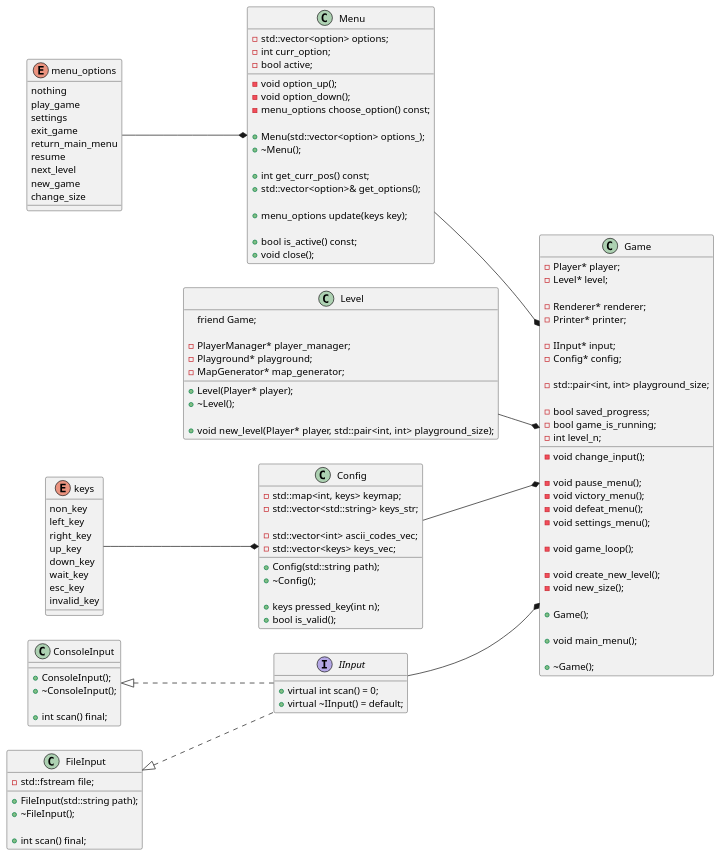
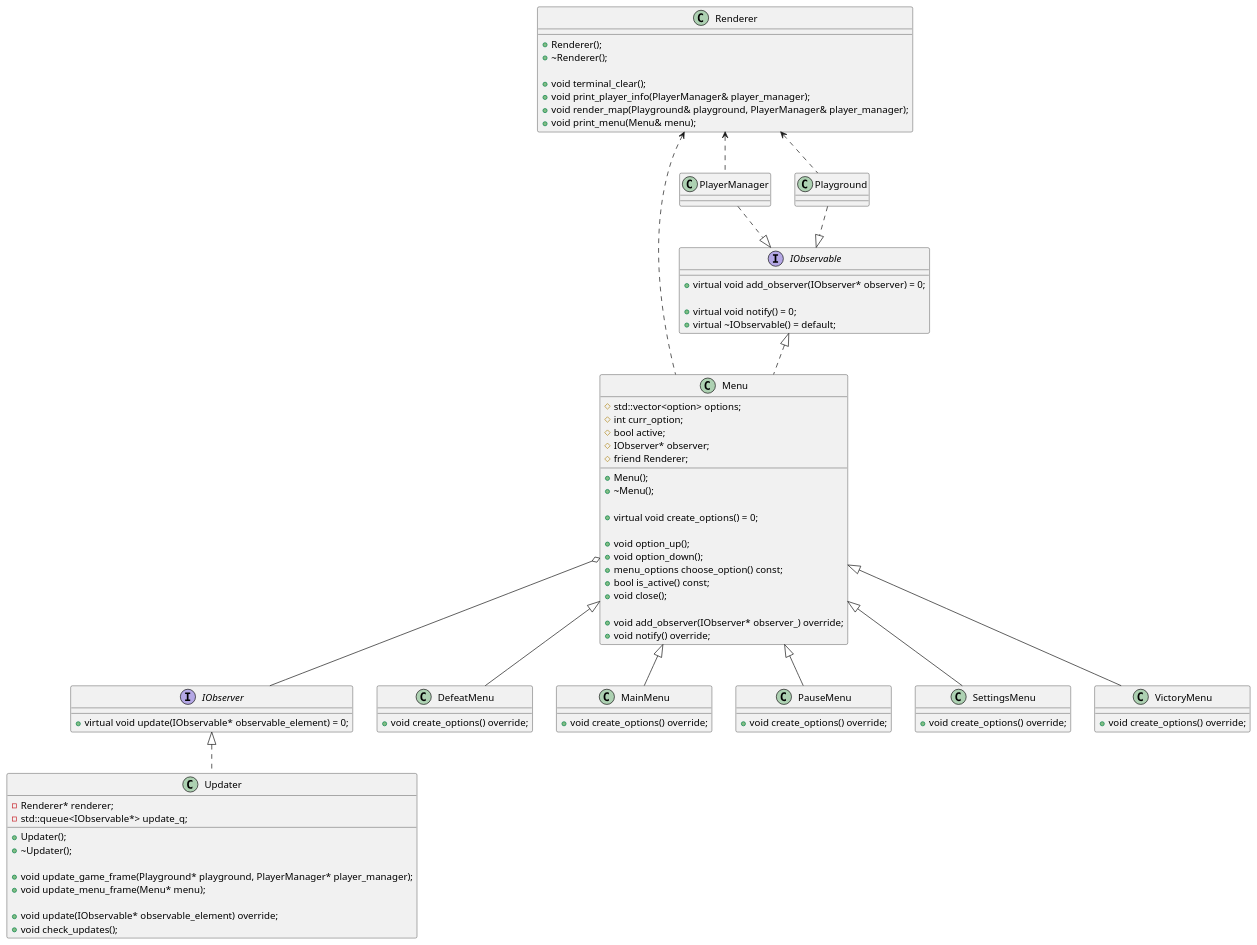
One commit to kirillkarpunin/ultra_gamer_gaming_game changed the diagram in UML.puml. Above: the diagram before and after it, drawn with PlantUML. The commit also changed 20 other files, not shown here.

```diff
--- a/UML.puml
+++ b/UML.puml
@@ -1,148 +1,106 @@
 @startuml
 'https://plantuml.com/class-diagram
 
+interface IObservable {
+    +virtual void add_observer(IObserver* observer) = 0;
 
-class Game {
-    -Player* player;
-    -Level* level;
+    +virtual void notify() = 0;
+    +virtual ~IObservable() = default;
+}
 
+interface IObserver {
+    +virtual void update(IObservable* observable_element) = 0;
+}
+
+class Menu{
+    #std::vector<option> options;
+    #int curr_option;
+    #bool active;
+    #IObserver* observer;
+    #friend Renderer;
+    +Menu();
+    +~Menu();
+
+    +virtual void create_options() = 0;
+
+    +void option_up();
+    +void option_down();
+    +menu_options choose_option() const;
+    +bool is_active() const;
+    +void close();
+
+    +void add_observer(IObserver* observer_) override;
+    +void notify() override;
+}
+
+class DefeatMenu{
+    +void create_options() override;
+}
+
+class MainMenu{
+    +void create_options() override;
+}
+
+class PauseMenu{
+    +void create_options() override;
+}
+
+class SettingsMenu{
+    + void create_options() override;
+}
+
+class VictoryMenu{
+    + void create_options() override;
+}
+
+class Updater{
     -Renderer* renderer;
-    -Printer* printer;
+    -std::queue<IObservable*> update_q;
 
-    -IInput* input;
-    -Config* config;
+    +Updater();
+    +~Updater();
 
-    -std::pair<int, int> playground_size;
+    +void update_game_frame(Playground* playground, PlayerManager* player_manager);
+    +void update_menu_frame(Menu* menu);
 
-    -bool saved_progress;
-    -bool game_is_running;
-    -int level_n;
+    +void update(IObservable* observable_element) override;
+    +void check_updates();
+}
 
-    -void change_input();
-
-    -void pause_menu();
-    -void victory_menu();
-    -void defeat_menu();
-    -void settings_menu();
-
-    -void game_loop();
-
-    -void create_new_level();
-    -void new_size();
-
-    +Game();
-
-    +void main_menu();
-
-    +~Game();
+class PlayerManager{
 }
 
 
-enum menu_options{
- nothing
- play_game
- settings
- exit_game
- return_main_menu
- resume
- next_level
- new_game
- change_size
- }
-
-class Menu {
-    -std::vector<option> options;
-    -int curr_option;
-    -bool active;
-
-    -void option_up();
-    -void option_down();
-    -menu_options choose_option() const;
-
-    +Menu(std::vector<option> options_);
-    +~Menu();
-
-    +int get_curr_pos() const;
-    +std::vector<option>& get_options();
-
-    +menu_options update(keys key);
-
-    +bool is_active() const;
-    +void close();
-
+class Playground{
 }
 
-menu_options--*Menu
+top to bottom direction
 
-class Level {
-    friend Game;
 
-    -PlayerManager* player_manager;
-    -Playground* playground;
-    -MapGenerator* map_generator;
+IObserver <|.. Updater
+Menu o-- IObserver
+IObservable <|.. Menu
+Menu <|-- PauseMenu
+Menu <|-- MainMenu
+Menu <|-- DefeatMenu
+Menu <|-- SettingsMenu
+Menu <|-- VictoryMenu
+PlayerManager ..|> IObservable
+Playground ..|> IObservable
 
-    +Level(Player* player);
-    +~Level();
+class Renderer {
+    +Renderer();
+    +~Renderer();
 
-    +void new_level(Player* player, std::pair<int, int> playground_size);
+    +void terminal_clear();
+    +void print_player_info(PlayerManager& player_manager);
+    +void render_map(Playground& playground, PlayerManager& player_manager);
+    +void print_menu(Menu& menu);
 }
 
-enum keys{
- non_key
- left_key
- right_key
- up_key
- down_key
- wait_key
- esc_key
- invalid_key
-}
+Renderer <.. Menu
+Renderer <.. PlayerManager
+Renderer <.. Playground
 
-class Config {
-    -std::map<int, keys> keymap;
-    -std::vector<std::string> keys_str;
-
-    -std::vector<int> ascii_codes_vec;
-    -std::vector<keys> keys_vec;
-
-    +Config(std::string path);
-    +~Config();
-
-    +keys pressed_key(int n);
-    +bool is_valid();
-}
-
-keys--*Config
-Level--*Game
-Menu--*Game
-Config--*Game
-
-interface IInput{
-    +virtual int scan() = 0;
-    +virtual ~IInput() = default;
-}
-
-class ConsoleInput{
-    +ConsoleInput();
-    +~ConsoleInput();
-
-    +int scan() final;
-}
-
-class FileInput{
-    -std::fstream file;
-
-    +FileInput(std::string path);
-    +~FileInput();
-
-    +int scan() final;
-}
-
-FileInput<|..IInput
-ConsoleInput<|..IInput
-
-IInput--*Game
-
-left to right direction
 
 @enduml
```
